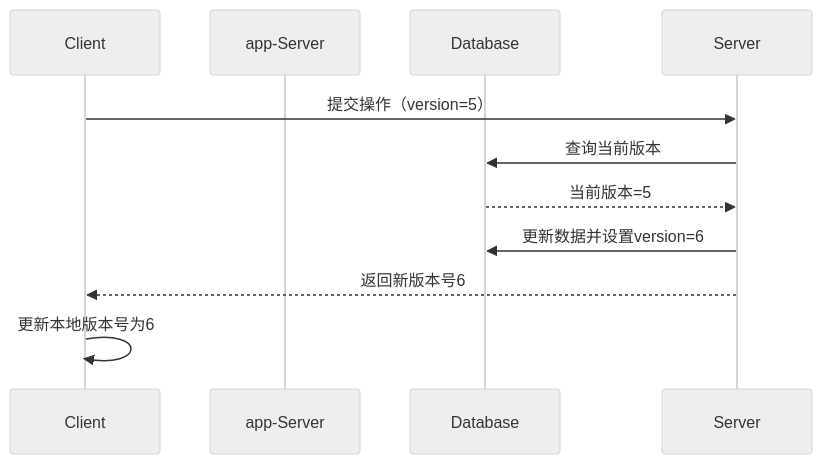
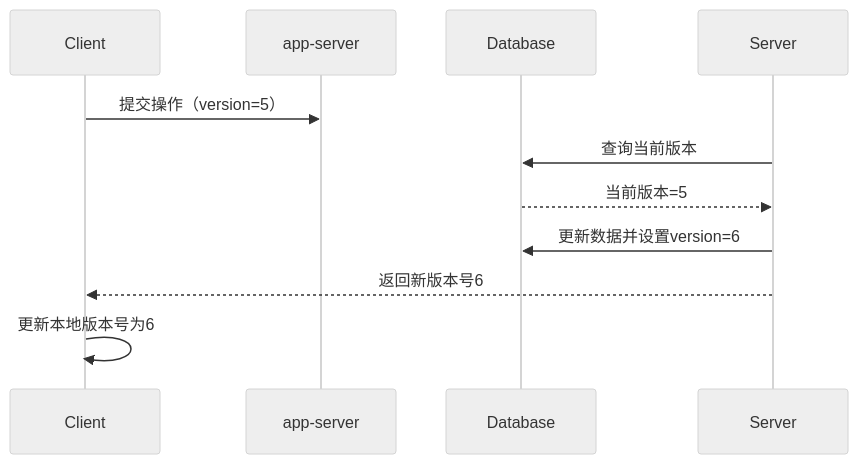
Before and after one commit to yingjianzh/iodraw-files: the diagram in all/未命名-26.md, drawn with Mermaid (neutral theme).

Commit message:
2025-02-26 15:31:08 update

````diff
--- a/all/未命名-26.md
+++ b/all/未命名-26.md
@@ -1,15 +1,15 @@
 ```mermaid
 
 sequenceDiagram
     participant Client
-    participant app-Server
+    participant app-server
     participant Database
 
-    Client->>Server: 提交操作（version=5）
+    Client->>app-server: 提交操作（version=5）
     Server->>Database: 查询当前版本
     Database-->>Server: 当前版本=5
     Server->>Database: 更新数据并设置version=6
     Server-->>Client: 返回新版本号6
     Client->>Client: 更新本地版本号为6
 
 ```
````
